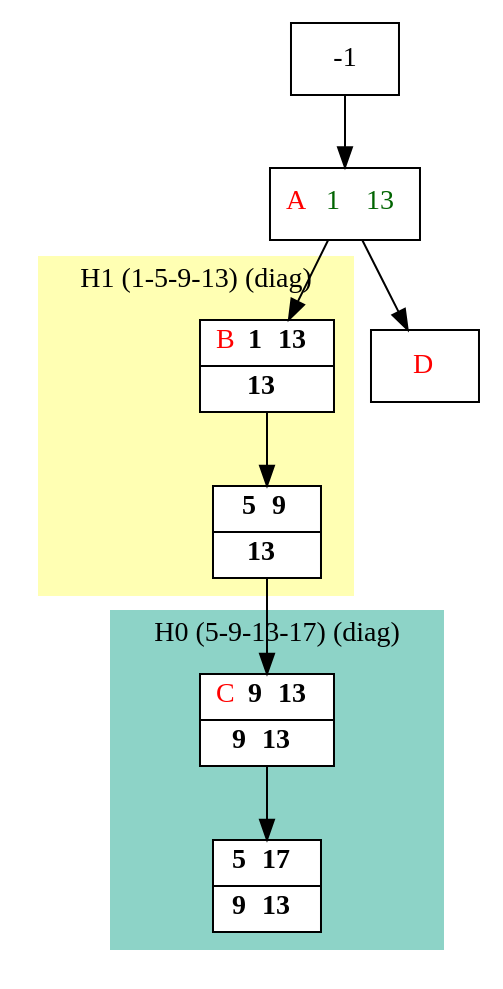
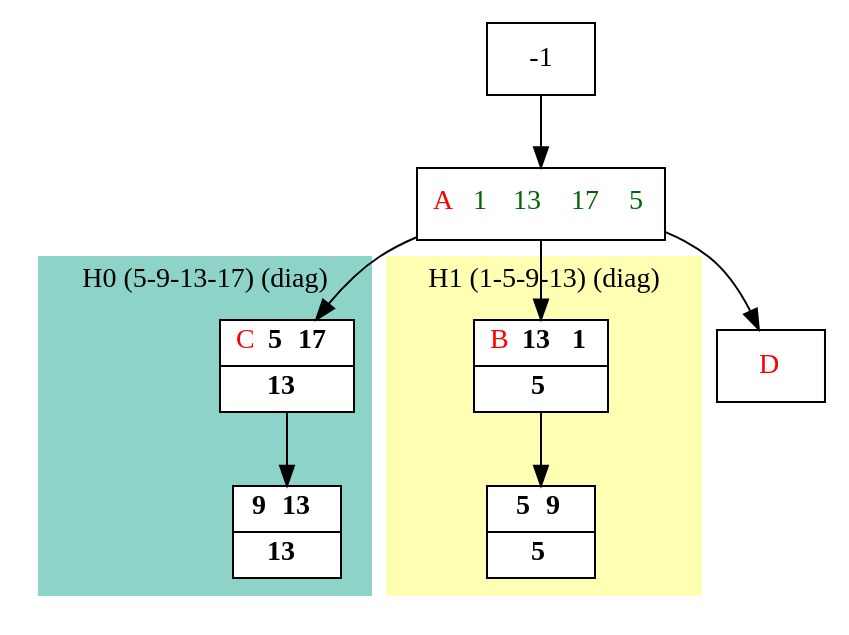
The diagram in results/compact_dot_files/compact_H2.dot (bmarchand/auto-dp), drawn with Graphviz before and after one commit. The commit also changed 71 other files, not shown here.

```diff
--- a/results/compact_dot_files/compact_H2.dot
+++ b/results/compact_dot_files/compact_H2.dot
@@ -1,29 +1,29 @@
 digraph G {
     node [shape=box];
     subgraph cluster0 {
         node [style=filled,fillcolor=white];
         labeljust="l";
         style=filled;
         color="#8DD3C7";
         H0_0 -> H0_5;
         label="H0 (5-9-13-17) (diag)";
     }
     subgraph cluster1 {
         node [style=filled,fillcolor=white];
         labeljust="l";
         style=filled;
         color="#FFFFB3";
-        H1_0 -> H1_7;
+        H1_0 -> H1_5;
         label="H1 (1-5-9-13) (diag)";
     }
-     1 [shape=record,label= <{  <FONT COLOR="RED">A</FONT>  <FONT COLOR="DARKGREEN">1</FONT>  <FONT COLOR="DARKGREEN">13</FONT>}> ];
+     1 [shape=record,label= <{  <FONT COLOR="RED">A</FONT>  <FONT COLOR="DARKGREEN">1</FONT>  <FONT COLOR="DARKGREEN">13</FONT>  <FONT COLOR="DARKGREEN">17</FONT>  <FONT COLOR="DARKGREEN">5</FONT>}> ];
      -1  ->  1;
-     H1_0 [shape=record,label= <{  <FONT COLOR="RED">B</FONT> <b>1</b> <b>13</b>|  <b>13</b>}> ];
+     H1_0 [shape=record,label= <{  <FONT COLOR="RED">B</FONT> <b>13</b> <b>1</b>|  <b>5</b>}> ];
      1  ->  H1_0;
-     H1_7 [shape=record,label= <{ <b>5</b> <b>9</b>|  <b>13</b>}> ];
-     H0_0 [shape=record,label= <{  <FONT COLOR="RED">C</FONT> <b>9</b> <b>13</b>|  <b>9</b> <b>13</b>}> ];
-     H1_7  ->  H0_0;
-     H0_5 [shape=record,label= <{ <b>5</b> <b>17</b>|  <b>9</b> <b>13</b>}> ];
+     H1_5 [shape=record,label= <{ <b>5</b> <b>9</b>|  <b>5</b>}> ];
+     H0_0 [shape=record,label= <{  <FONT COLOR="RED">C</FONT> <b>5</b> <b>17</b>|  <b>13</b>}> ];
+     1  ->  H0_0;
+     H0_5 [shape=record,label= <{ <b>9</b> <b>13</b>|  <b>13</b>}> ];
      _1 [shape=record,label= <{  <FONT COLOR="RED">D</FONT>}> ];
      1  ->  _1;
 }
```
